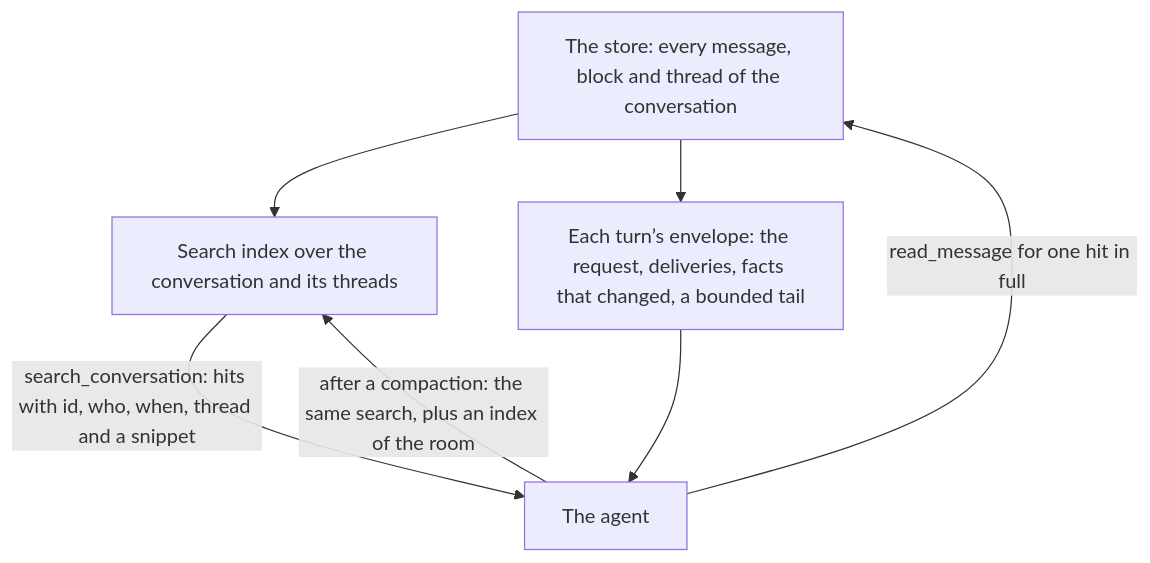
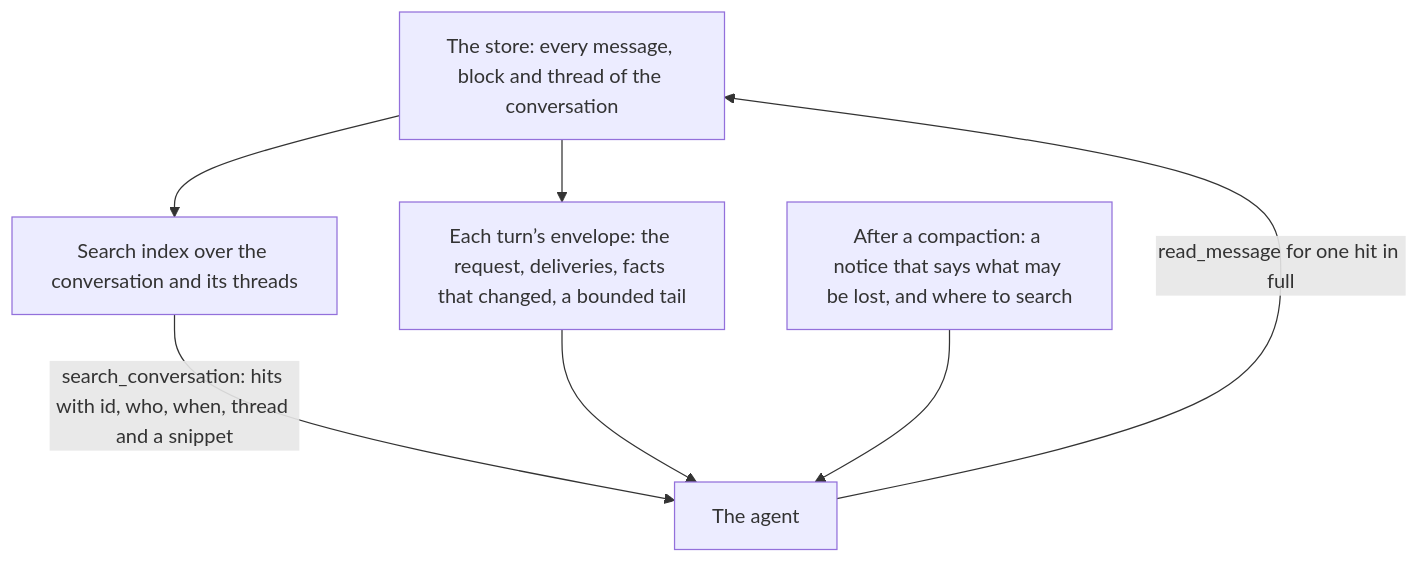
Before and after one commit to HJeon139/postbox: the second of 3 diagrams in designs/room-context.md, drawn with Mermaid. The commit also changed other lines of this file and 1 other file, not shown here.

First line of the commit message:
docs(designs): take a second read into the room-context draft

````diff
--- a/designs/room-context.md
+++ b/designs/room-context.md
@@ -87,9 +95,9 @@
 ```mermaid
 flowchart TD
   ST[The store: every message, block and thread of the conversation] --> IX[Search index over the conversation and its threads]
   ST --> TURN[Each turn’s envelope: the request, deliveries, facts that changed, a bounded tail]
   IX -->|search_conversation: hits with id, who, when, thread and a snippet| AG[The agent]
   TURN --> AG
   AG -->|read_message for one hit in full| ST
-  AG -->|after a compaction: the same search, plus an index of the room| IX
+  CX[After a compaction: a notice that says what may be lost, and where to search] --> AG
 ```
````
